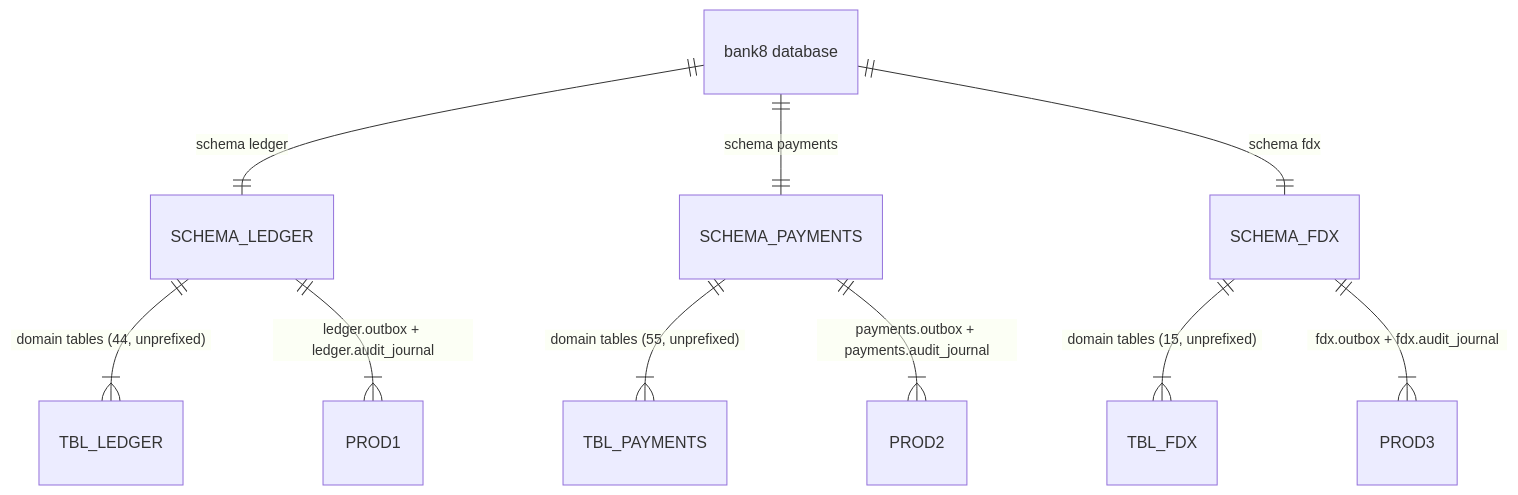
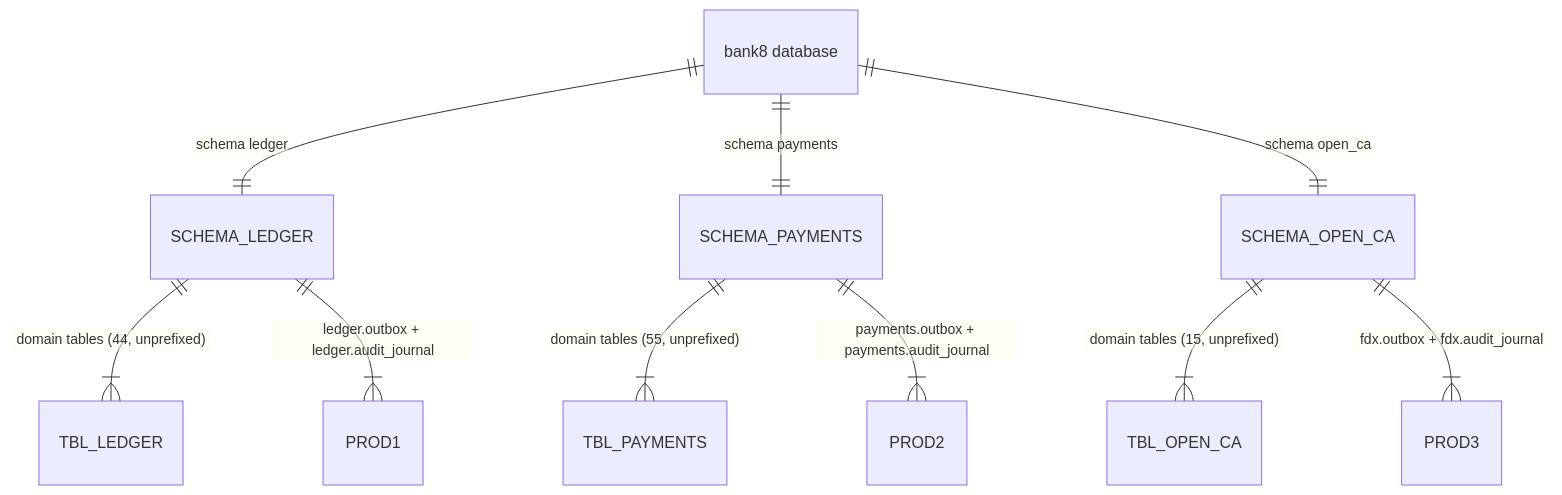
The sixth of 8 diagrams in DESIGN.md (Bank8-dev/bank8), drawn with Mermaid before and after one commit. The commit also changed other lines of this file and 5 other files, not shown here.

First line of the commit message:
OBVERT-2: bank8 releases the open services to the OpenFin8 vertical

````diff
--- a/DESIGN.md
+++ b/DESIGN.md
@@ -140,13 +140,13 @@
 ```mermaid
 erDiagram
     BANK8_DB["bank8 database"]
     BANK8_DB ||--|| SCHEMA_LEDGER : "schema ledger"
     BANK8_DB ||--|| SCHEMA_PAYMENTS : "schema payments"
-    BANK8_DB ||--|| SCHEMA_FDX : "schema fdx"
+    BANK8_DB ||--|| SCHEMA_OPEN_CA : "schema open_ca"
     SCHEMA_LEDGER ||--|{ TBL_LEDGER : "domain tables (44, unprefixed)"
     SCHEMA_LEDGER ||--|{ PROD1 : "ledger.outbox + ledger.audit_journal"
     SCHEMA_PAYMENTS ||--|{ TBL_PAYMENTS : "domain tables (55, unprefixed)"
     SCHEMA_PAYMENTS ||--|{ PROD2 : "payments.outbox + payments.audit_journal"
-    SCHEMA_FDX ||--|{ TBL_FDX : "domain tables (15, unprefixed)"
-    SCHEMA_FDX ||--|{ PROD3 : "fdx.outbox + fdx.audit_journal"
+    SCHEMA_OPEN_CA ||--|{ TBL_OPEN_CA : "domain tables (15, unprefixed)"
+    SCHEMA_OPEN_CA ||--|{ PROD3 : "fdx.outbox + fdx.audit_journal"
 ```
````
